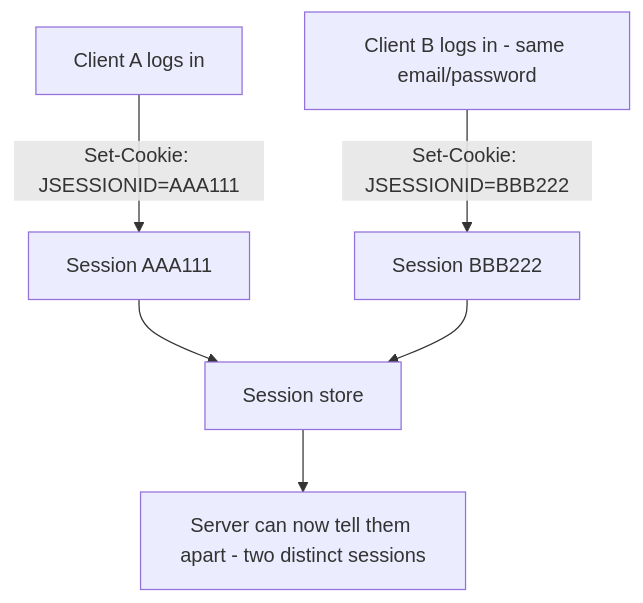
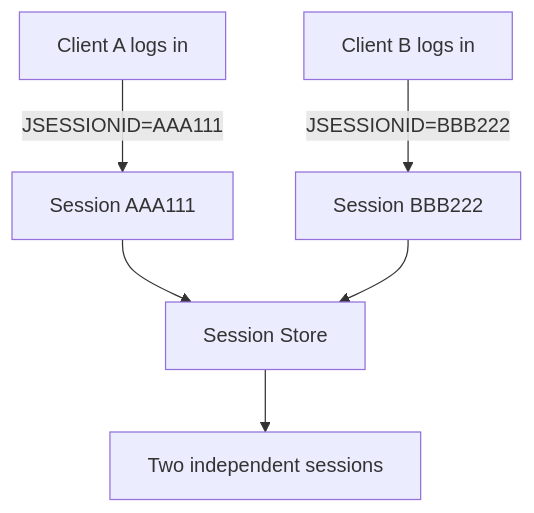
The ninth of 9 diagrams in src/main/java/com/elanrif/springbootstarterkit/controller/auth/HttpRequest.md (Elanrif/springboot-starter-kit), drawn with Mermaid before and after one commit. The commit also changed other lines of this file and 2 other files, not shown here.

````diff
--- a/src/main/java/com/elanrif/springbootstarterkit/controller/auth/HttpRequest.md
+++ b/src/main/java/com/elanrif/springbootstarterkit/controller/auth/HttpRequest.md
@@ -187,8 +494,10 @@
 ```mermaid
 flowchart TD
-  A[Client A logs in] -->|Set-Cookie: JSESSIONID=AAA111| SA[Session AAA111]
-  B[Client B logs in - same email/password] -->|Set-Cookie: JSESSIONID=BBB222| SB[Session BBB222]
-  SA --> S[Session store]
+  A[Client A logs in] -->|"JSESSIONID=AAA111"| SA[Session AAA111]
+  B[Client B logs in] -->|"JSESSIONID=BBB222"| SB[Session BBB222]
+
+  SA --> S[Session Store]
   SB --> S
-  S --> R[Server can now tell them apart - two distinct sessions]
+
+  S --> R[Two independent sessions]
 ```
````
